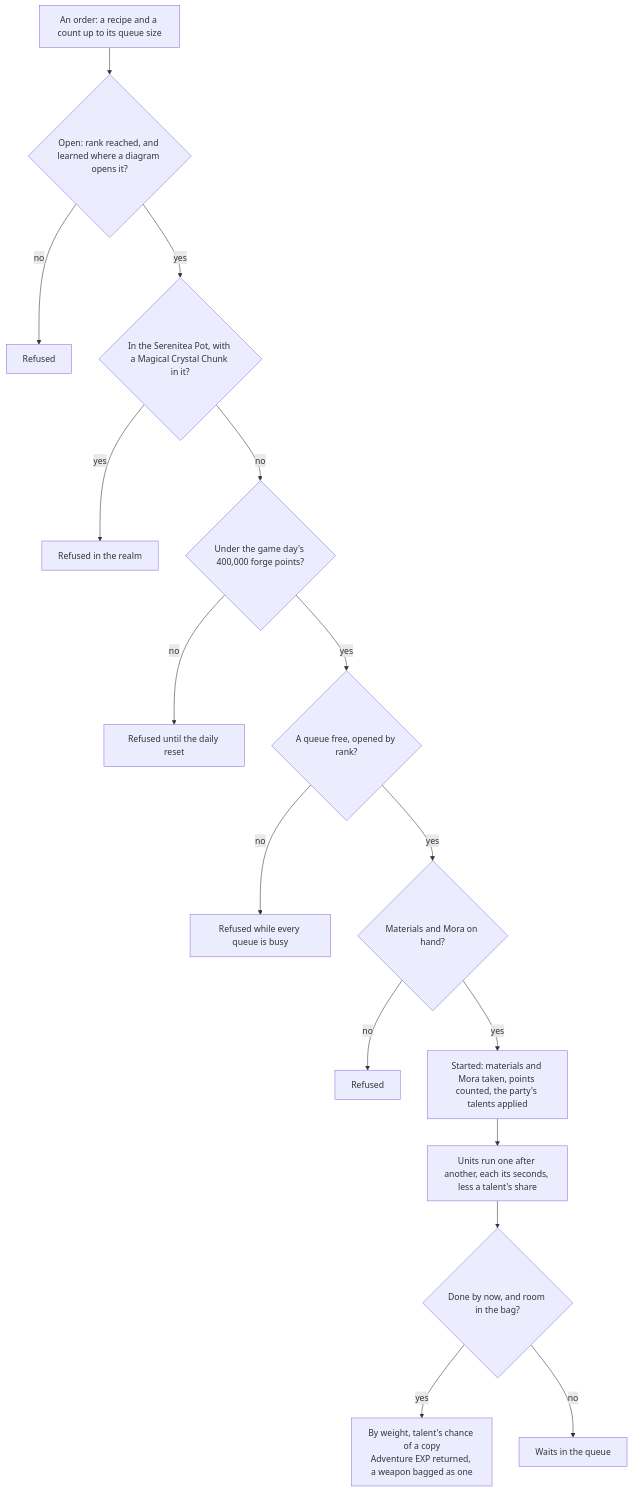
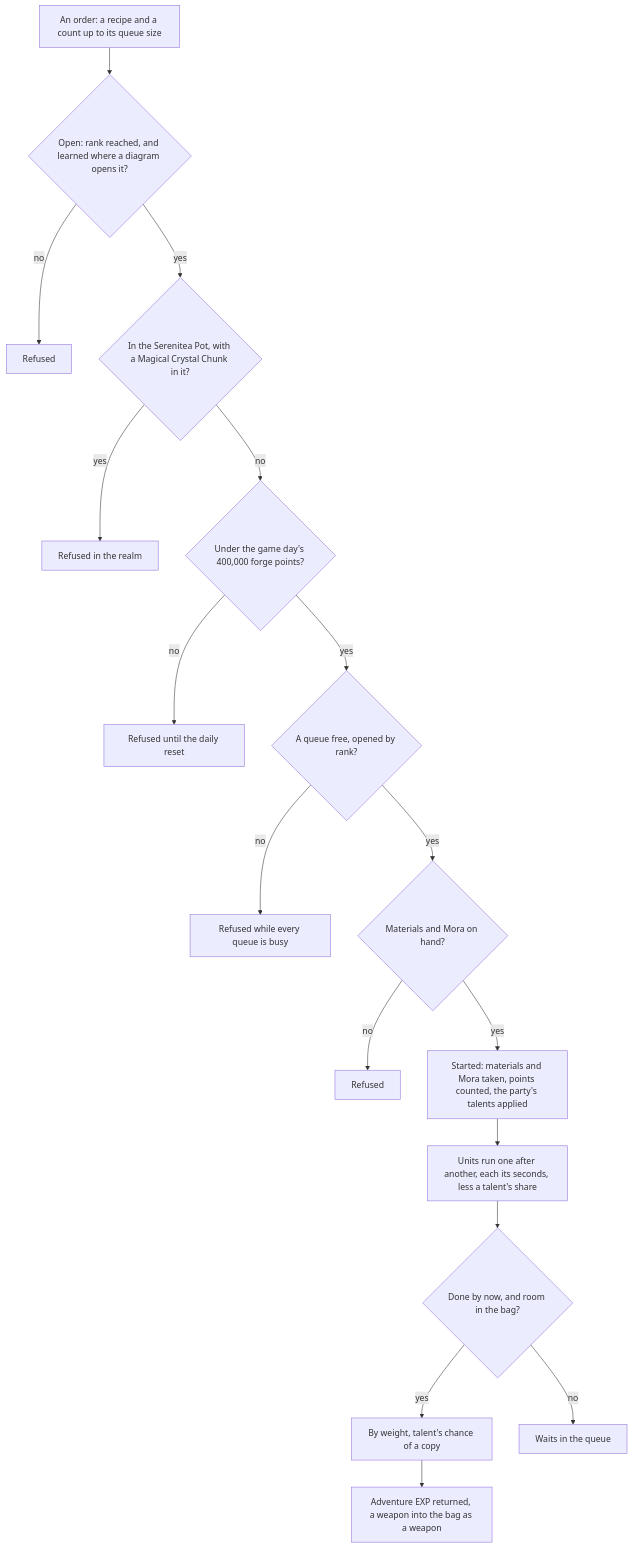
Before and after one commit to Esposter/Esposter: the diagram in apps/web/content/docs/genshin/forging.md, drawn with Mermaid. The commit also changed 18 other files, not shown here.

First line of the commit message:
docs(genshin): the settled units' specs say their shared steps in their own words, the archive's key file names a file that exists, the forge's diagram label is split and the profile's key file follows its rename

````diff
--- a/apps/web/content/docs/genshin/forging.md
+++ b/apps/web/content/docs/genshin/forging.md
@@ -12,18 +12,19 @@
 ```mermaid
 flowchart TD
   O["An order: a recipe and a count up to its queue size"] --> OPEN{"Open: rank reached, and learned where a diagram opens it?"}
   OPEN -->|"no"| R1["Refused"]
   OPEN -->|"yes"| REALM{"In the Serenitea Pot, with a Magical Crystal Chunk in it?"}
   REALM -->|"yes"| R2["Refused in the realm"]
   REALM -->|"no"| CAP{"Under the game day's 400,000 forge points?"}
   CAP -->|"no"| R3["Refused until the daily reset"]
   CAP -->|"yes"| Q{"A queue free, opened by rank?"}
   Q -->|"no"| R4["Refused while every queue is busy"]
   Q -->|"yes"| PAY{"Materials and Mora on hand?"}
   PAY -->|"no"| R5["Refused"]
   PAY -->|"yes"| RUN["Started: materials and Mora taken, points counted, the party's talents applied"]
   RUN --> U["Units run one after another, each its seconds, less a talent's share"]
   U --> C{"Done by now, and room in the bag?"}
-  C -->|"yes"| IN["By weight, talent's chance of a copy<br/>Adventure EXP returned, a weapon bagged as one"]
+  C -->|"yes"| IN["By weight, talent's chance of a copy"]
+  IN --> PAID["Adventure EXP returned, a weapon into the bag as a weapon"]
   C -->|"no"| WQ["Waits in the queue"]
 ```
````
